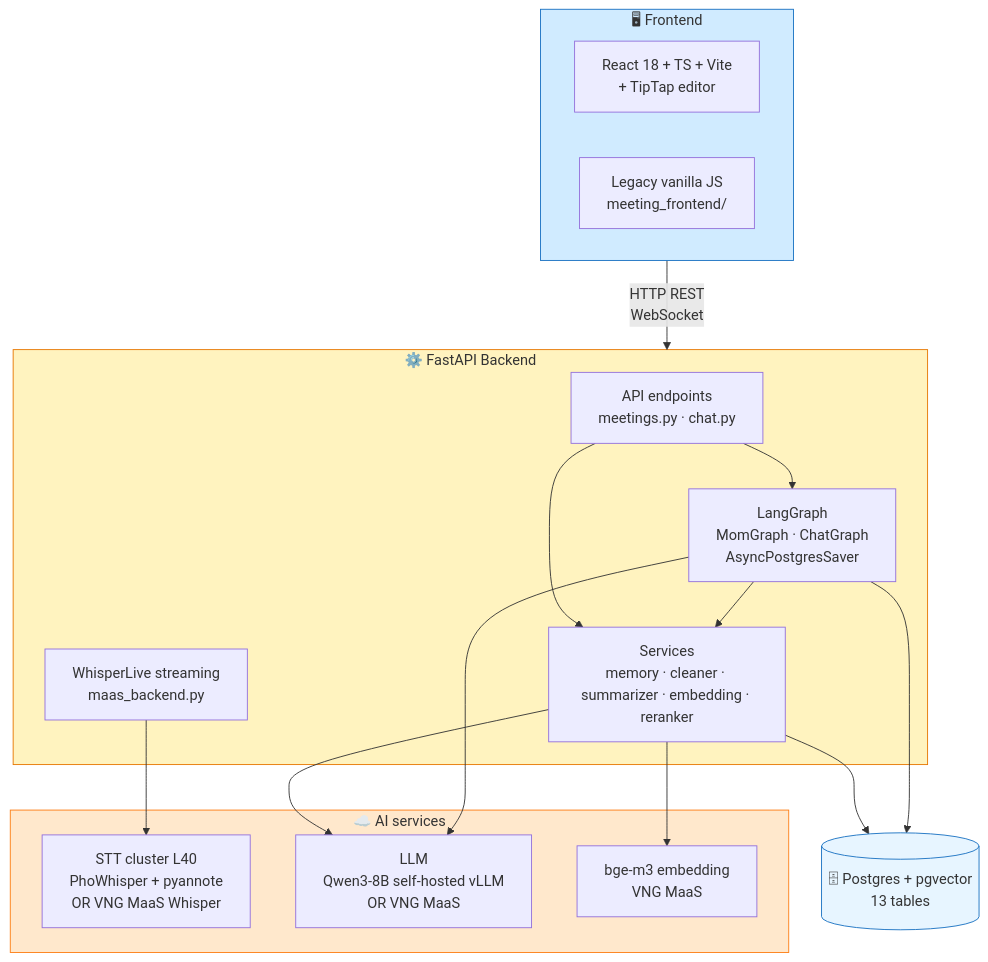
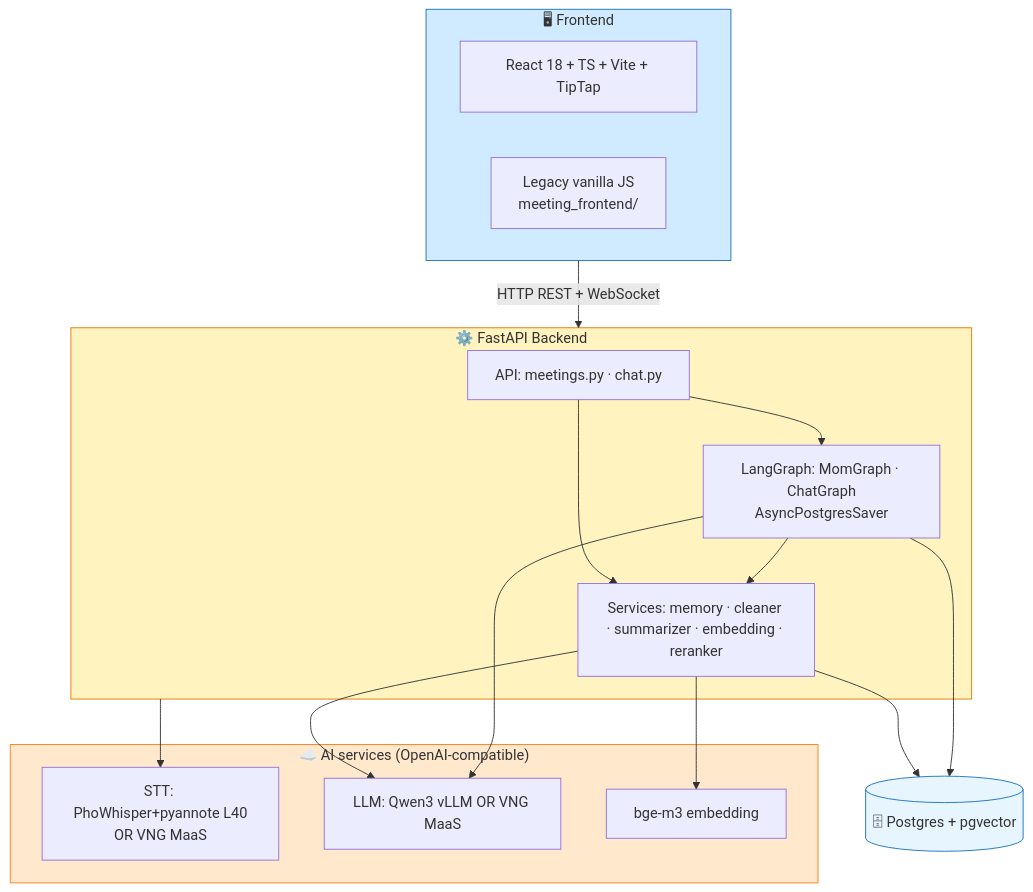
Before and after one commit to HatakekkSheeshh/mee-agent: the diagram in README.md, drawn with Mermaid. The commit also changed other lines of this file, not shown here.

````diff
--- a/README.md
+++ b/README.md
@@ -261,38 +143,30 @@
 ```mermaid
 flowchart TB
     subgraph FE["🖥 Frontend"]
-        FE1[React 18 + TS + Vite<br/>+ TipTap editor]
+        FE1[React 18 + TS + Vite + TipTap]
         FE2[Legacy vanilla JS<br/>meeting_frontend/]
     end
-
     subgraph BE["⚙️ FastAPI Backend"]
-        API[API endpoints<br/>meetings.py · chat.py]
-        SVC[Services<br/>memory · cleaner · summarizer · embedding · reranker]
-        LG[LangGraph<br/>MomGraph · ChatGraph<br/>AsyncPostgresSaver]
-        WSP[WhisperLive streaming<br/>maas_backend.py]
+        API[API: meetings.py · chat.py]
+        SVC[Services: memory · cleaner · summarizer · embedding · reranker]
+        LG[LangGraph: MomGraph · ChatGraph<br/>AsyncPostgresSaver]
     end
-
-    subgraph EXT["☁️ AI services"]
-        STT[STT cluster L40<br/>PhoWhisper + pyannote<br/>OR VNG MaaS Whisper]
-        LLM[LLM<br/>Qwen3-8B self-hosted vLLM<br/>OR VNG MaaS]
-        EMB[bge-m3 embedding<br/>VNG MaaS]
+    subgraph EXT["☁️ AI services (OpenAI-compatible)"]
+        STT[STT: PhoWhisper+pyannote L40<br/>OR VNG MaaS]
+        LLM[LLM: Qwen3 vLLM OR VNG MaaS]
+        EMB[bge-m3 embedding]
     end
-
-    PG[("🗄 Postgres + pgvector<br/>13 tables")]
-
-    FE -->|HTTP REST<br/>WebSocket| BE
-    API --> SVC
-    API --> LG
+    PG[("🗄 Postgres + pgvector")]
+    FE -->|HTTP REST + WebSocket| BE
+    API --> SVC --> PG
+    API --> LG --> PG
     LG --> SVC
-    SVC --> PG
-    LG --> PG
-    WSP --> STT
+    BE --> STT
     SVC --> EMB
     SVC --> LLM
     LG --> LLM
-
     style FE fill:#d0ebff,stroke:#1971c2
     style BE fill:#fff3bf,stroke:#e67700
     style EXT fill:#ffe8cc,stroke:#fd7e14
     style PG fill:#e7f5ff,stroke:#1971c2
 ```
````
